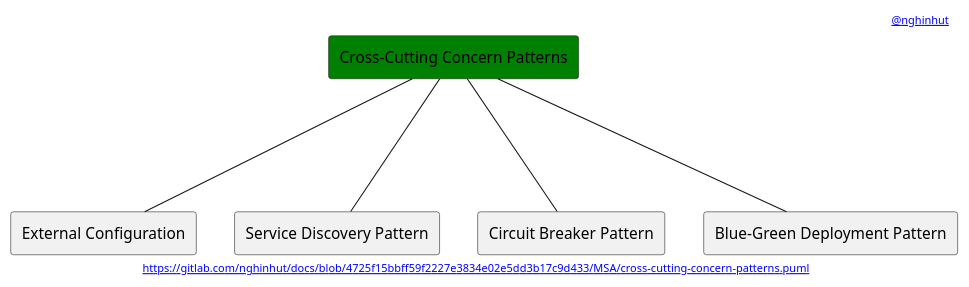
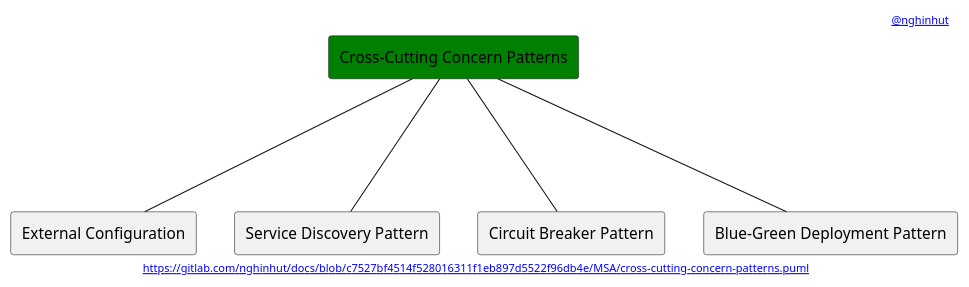
Before and after one commit to nghinhut/docs: the diagram in MSA/cross-cutting-concern-patterns.puml, drawn with PlantUML. The commit also changed 17 other files, not shown here.

Commit message:
Update diagrams

```diff
--- a/MSA/cross-cutting-concern-patterns.puml
+++ b/MSA/cross-cutting-concern-patterns.puml
@@ -1,18 +1,18 @@
 @startuml
 '-----START auto generated metadata please keep comment here to allow auto update-----
 '-----DON'T EDIT THIS SECTION, INSTEAD RE-RUN prebuild.sh TO UPDATE-----
 header [[mailto:nghinhut@gmail.com @nghinhut]]
-footer [[http://www.plantuml.com/plantuml/proxy?fmt=svg&src=https://gitlab.com/nghinhut/docs/raw/4725f15bbff59f2227e3834e02e5dd3b17c9d433/MSA/cross-cutting-concern-patterns.puml https://gitlab.com/nghinhut/docs/blob/4725f15bbff59f2227e3834e02e5dd3b17c9d433/MSA/cross-cutting-concern-patterns.puml]]
+footer [[http://www.plantuml.com/plantuml/proxy?fmt=svg&src=https://gitlab.com/nghinhut/docs/raw/c7527bf4514f528016311f1eb897d5522f96db4e/MSA/cross-cutting-concern-patterns.puml https://gitlab.com/nghinhut/docs/blob/c7527bf4514f528016311f1eb897d5522f96db4e/MSA/cross-cutting-concern-patterns.puml]]
 '-----END auto generated metadata please keep comment here to allow auto update-----
 
 rectangle "Cross-Cutting Concern Patterns" as CrossCuttingConcern #green
 
 rectangle "External Configuration" as CrossCuttingConcernP1
 rectangle "Service Discovery Pattern" as CrossCuttingConcernP2
 rectangle "Circuit Breaker Pattern" as CrossCuttingConcernP3
 rectangle "Blue-Green Deployment Pattern" as CrossCuttingConcernP4
 CrossCuttingConcern --- CrossCuttingConcernP1
 CrossCuttingConcern --- CrossCuttingConcernP2
 CrossCuttingConcern --- CrossCuttingConcernP3
 CrossCuttingConcern --- CrossCuttingConcernP4
 @enduml
```
